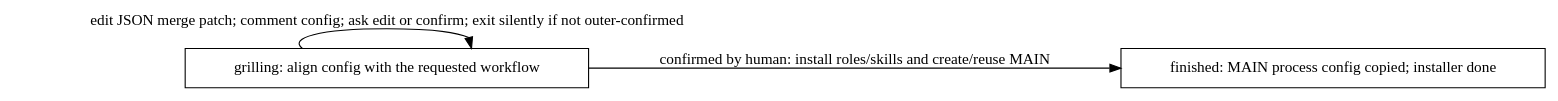
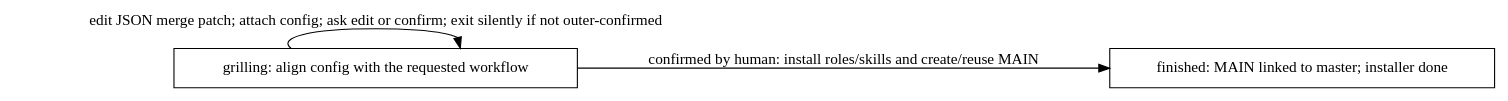
One commit to Winfred666/multica-featssship changed the first of 2 diagrams in docs/workflow.md. Above: the diagram before and after it, drawn with Graphviz. The commit also changed other lines of this file and 20 other files, not shown here.

Commit message:
refactor: share installer and delegation JSON through attachment references

````diff
--- a/docs/workflow.md
+++ b/docs/workflow.md
@@ -5,9 +5,9 @@
 ```dot
 digraph installation {
   rankdir=LR; node [shape=box];
   grilling [label="grilling: align config with the requested workflow"];
-  finished [label="finished: MAIN process config copied; installer done"];
-  grilling -> grilling [label="edit JSON merge patch; comment config; ask edit or confirm; exit silently if not outer-confirmed"];
+  finished [label="finished: MAIN linked to master; installer done"];
+  grilling -> grilling [label="edit JSON merge patch; attach config; ask edit or confirm; exit silently if not outer-confirmed"];
   grilling -> finished [label="confirmed by human: install roles/skills and create/reuse MAIN"];
 }
 ```
````
